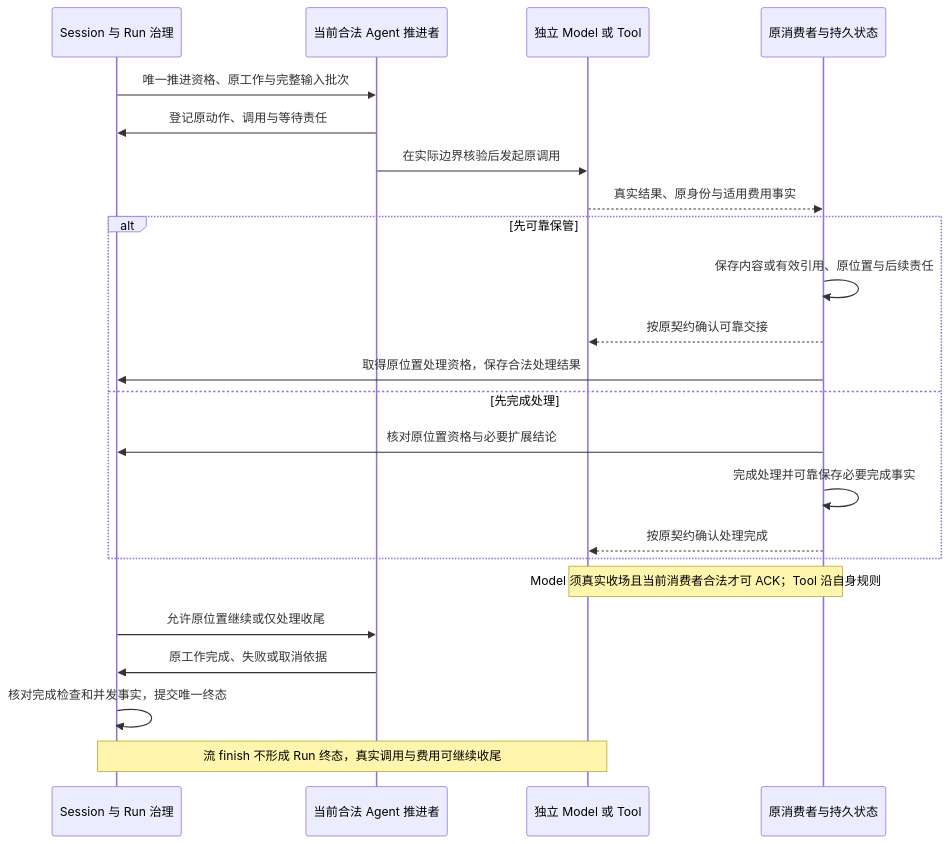
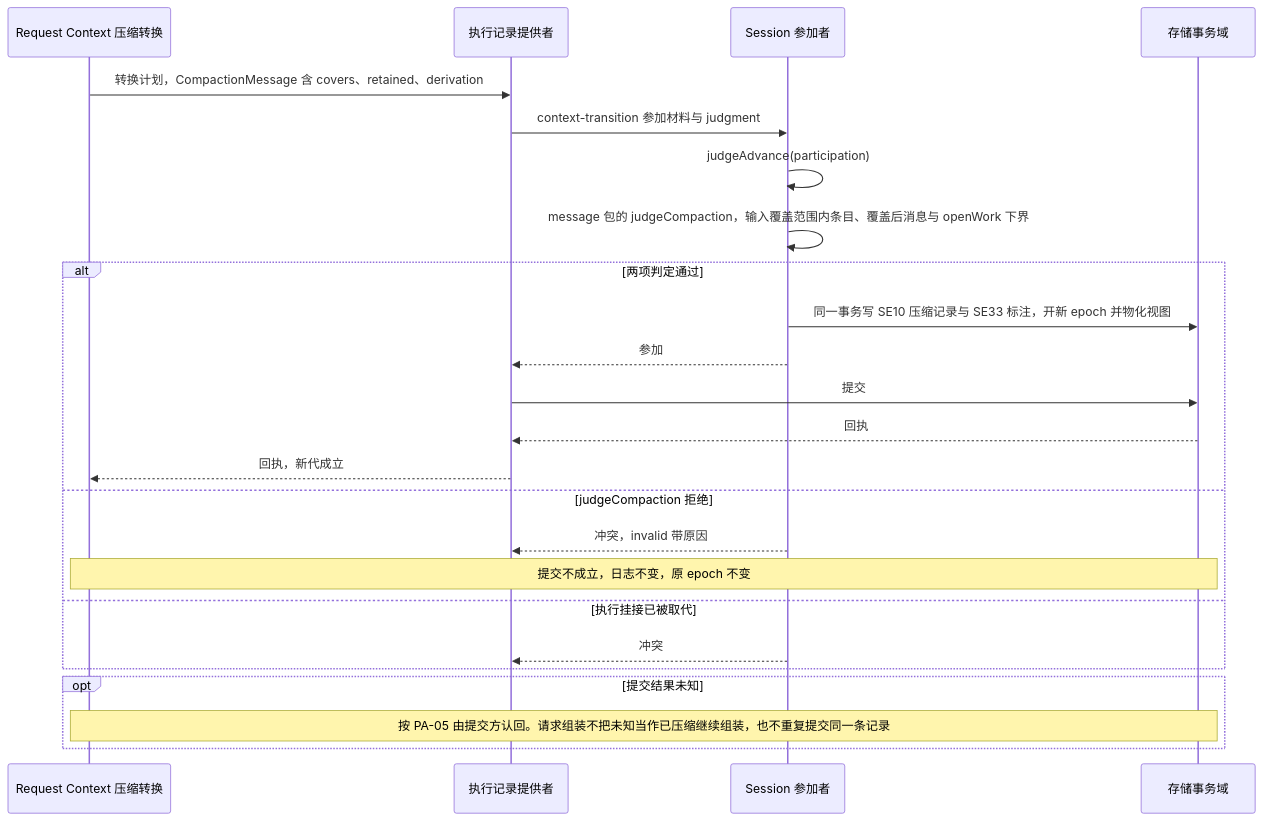
The third of 17 diagrams in packages/session/session-contract/docs/flows/scenarios.md (nemori-ai/omne-harness-lite), drawn with Mermaid before and after one commit. The commit also changed other lines of this file and 5 other files, not shown here.

````diff
--- a/packages/session/session-contract/docs/flows/scenarios.md
+++ b/packages/session/session-contract/docs/flows/scenarios.md
@@ -92,25 +157,26 @@
 ```mermaid
 sequenceDiagram
-    participant S as Session 与 Run 治理
-    participant A as 当前合法 Agent 推进者
-    participant P as 独立 Model 或 Tool
-    participant C as 原消费者与持久状态
-    S->>A: 唯一推进资格、原工作与完整输入批次
-    A->>S: 登记原动作、调用与等待责任
-    A->>P: 在实际边界核验后发起原调用
-    P-->>C: 真实结果、原身份与适用费用事实
-    alt 先可靠保管
-        C->>C: 保存内容或有效引用、原位置与后续责任
-        C-->>P: 按原契约确认可靠交接
-        C->>S: 取得原位置处理资格，保存合法处理结果
-    else 先完成处理
-        C->>S: 核对原位置资格与必要扩展结论
-        C->>C: 完成处理并可靠保存必要完成事实
-        C-->>P: 按原契约确认处理完成
+    participant C as Request Context 压缩转换
+    participant J as 执行记录提供者
+    participant S as Session 参加者
+    participant D as 存储事务域
+    C->>J: 转换计划，CompactionMessage 含 covers、retained、derivation
+    J->>S: context-transition 参加材料与 judgment
+    S->>S: judgeAdvance(participation)
+    S->>S: message 包的 judgeCompaction，输入覆盖范围内条目、覆盖后消息与 openWork 下界
+    alt 两项判定通过
+        S->>D: 同一事务写 SE10 压缩记录与 SE33 标注，开新 epoch 并物化视图
+        S-->>J: 参加
+        J->>D: 提交
+        D-->>J: 回执
+        J-->>C: 回执，新代成立
+    else judgeCompaction 拒绝
+        S-->>J: 冲突，invalid 带原因
+        Note over C,D: 提交不成立，日志不变，原 epoch 不变
+    else 执行挂接已被取代
+        S-->>J: 冲突
     end
-    Note over P,C: Model 须真实收场且当前消费者合法才可 ACK；Tool 沿自身规则
-    S->>A: 允许原位置继续或仅处理收尾
-    A->>S: 原工作完成、失败或取消依据
-    S->>S: 核对完成检查和并发事实，提交唯一终态
-    Note over S,P: 流 finish 不形成 Run 终态，真实调用与费用可继续收尾
+    opt 提交结果未知
+        Note over C,D: 按 PA-05 由提交方认回。请求组装不把未知当作已压缩继续组装，也不重复提交同一条记录
+    end
 ```
````
